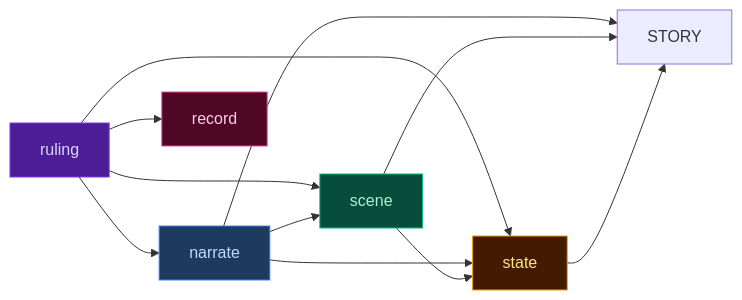
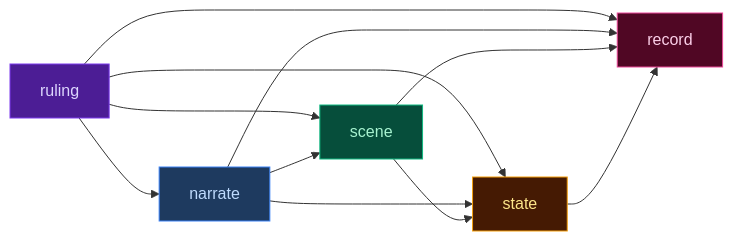
Before and after one commit to pww217/fablethread: the second of 2 diagrams in docs/architecture/turn-viewer-ui.md, drawn with Mermaid. The commit also changed 17 other files, not shown here.

First line of the commit message:
docs: verify and fix architecture docs against source code

````diff
--- a/docs/architecture/turn-viewer-ui.md
+++ b/docs/architecture/turn-viewer-ui.md
@@ -132,25 +132,25 @@
 ```mermaid
 flowchart LR
     classDef stageRules    fill:#4c1d95,color:#ddd6fe,stroke:#7c3aed
     classDef stageNarrate  fill:#1e3a5f,color:#bfdbfe,stroke:#3b82f6
     classDef stageScene    fill:#064e3b,color:#a7f3d0,stroke:#10b981
     classDef stageState    fill:#451a03,color:#fde68a,stroke:#f59e0b
     classDef stageProgress fill:#500724,color:#fbcfe8,stroke:#ec4899
 
     RULING["ruling"]:::stageRules
     NARRATE["narrate"]:::stageNarrate
     SCENE["scene"]:::stageScene
     STATE["state"]:::stageState
     RECORD["record"]:::stageProgress
 
     RULING --> NARRATE
     RULING --> SCENE
     RULING --> STATE
     RULING --> RECORD
     NARRATE --> SCENE
     NARRATE --> STATE
-    NARRATE --> STORY
+    NARRATE --> RECORD
     SCENE --> STATE
-    SCENE --> STORY
-    STATE --> STORY
+    SCENE --> RECORD
+    STATE --> RECORD
 ```
````
